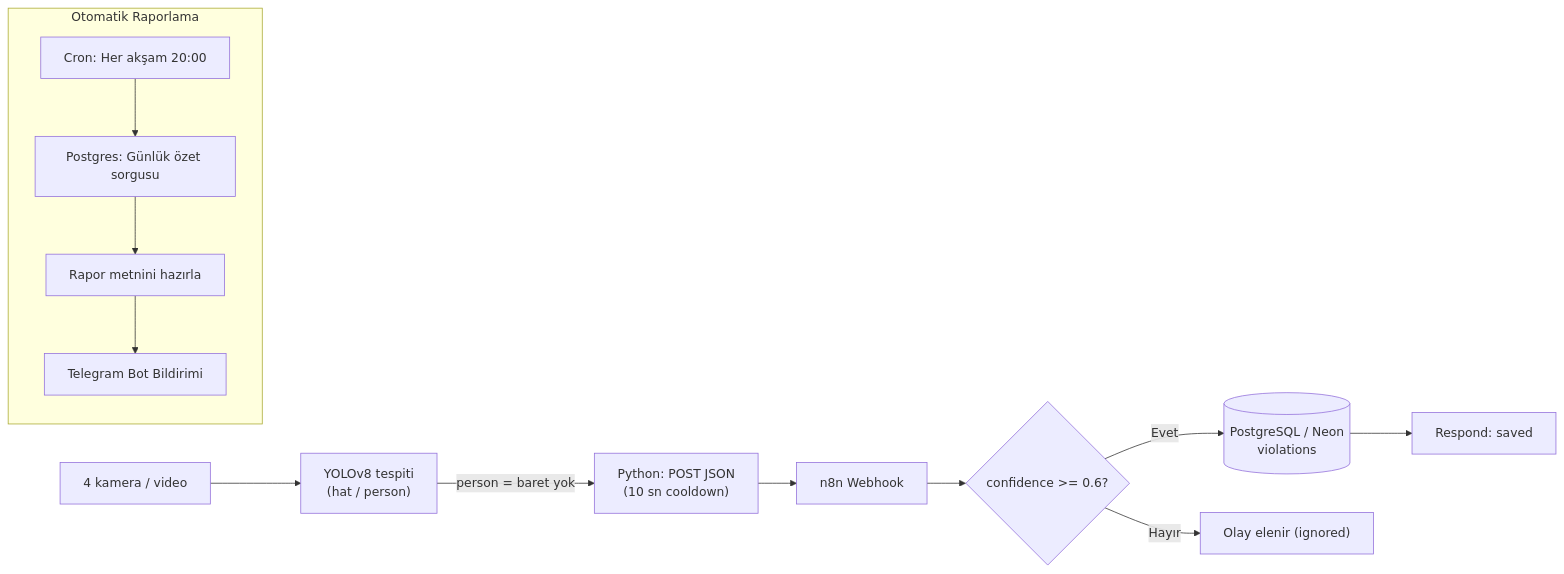
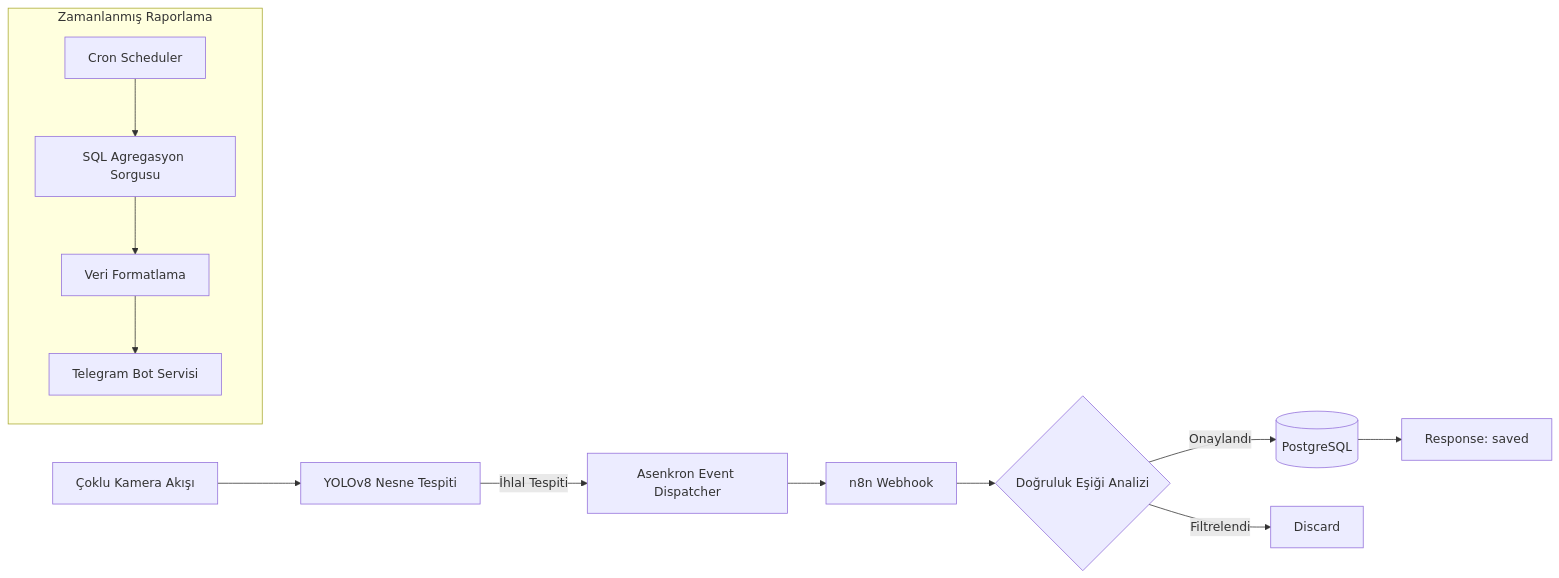
The diagram in README.md (buseunal/YOLOv8-Ile-Baretsiz-Insan-Tespiti), drawn with Mermaid before and after one commit. The commit also changed other lines of this file, not shown here.

````diff
--- a/README.md
+++ b/README.md
@@ -9,16 +9,16 @@
 ```mermaid
 flowchart LR
-    A["4 kamera / video"] --> B["YOLOv8 tespiti<br/>(hat / person)"]
-    B -->|"person = baret yok"| C["Python: POST JSON<br/>(10 sn cooldown)"]
+    A["Çoklu Kamera Akışı"] --> B["YOLOv8 Nesne Tespiti"]
+    B -->|"İhlal Tespiti"| C["Asenkron Event Dispatcher"]
     C --> D["n8n Webhook"]
-    D --> E{"confidence >= 0.6?"}
-    E -->|Evet| F[("PostgreSQL / Neon<br/>violations")]
-    E -->|Hayır| G["Olay elenir (ignored)"]
-    F --> H["Respond: saved"]
+    D --> E{"Doğruluk Eşiği Analizi"}
+    E -->|Onaylandı| F[("PostgreSQL")]
+    E -->|Filtrelendi| G["Discard"]
+    F --> H["Response: saved"]
     
-    subgraph Otomatik Raporlama
-        T["Cron: Her akşam 20:00"] --> P["Postgres: Günlük özet sorgusu"]
-        P --> JS["Rapor metnini hazırla"]
-        JS --> TG["Telegram Bot Bildirimi"]
+    subgraph Zamanlanmış Raporlama
+        T["Cron Scheduler"] --> P["SQL Agregasyon Sorgusu"]
+        P --> JS["Veri Formatlama"]
+        JS --> TG["Telegram Bot Servisi"]
     end
 ```
````
